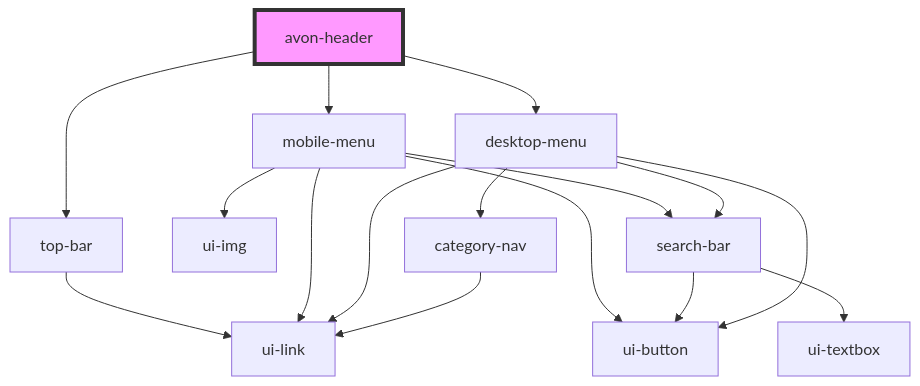
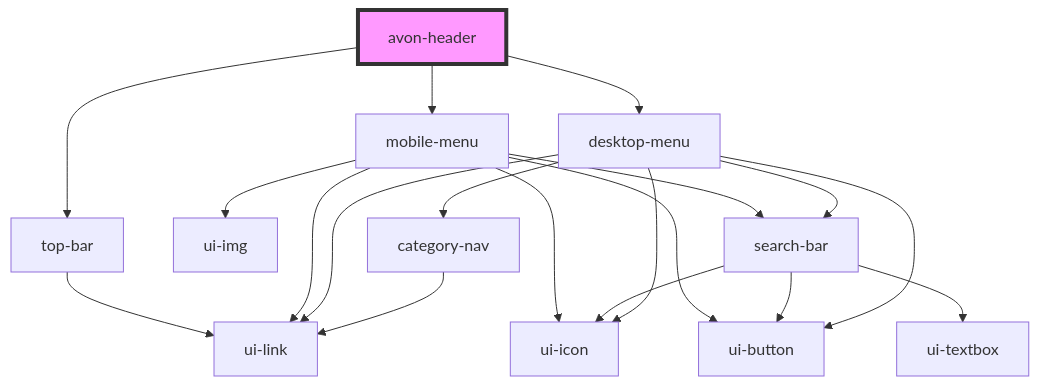
The diagram in src/components/avon-header/readme.md (ankitghanekar-hcl/ui-shared-web-components), drawn with Mermaid before and after one commit. The commit also changed 18 other files, not shown here.

````diff
--- a/src/components/avon-header/readme.md
+++ b/src/components/avon-header/readme.md
@@ -22,19 +22,22 @@
 ```mermaid
 graph TD;
   avon-header --> top-bar
   avon-header --> mobile-menu
   avon-header --> desktop-menu
   top-bar --> ui-link
   mobile-menu --> ui-link
   mobile-menu --> ui-img
+  mobile-menu --> ui-icon
   mobile-menu --> ui-button
   mobile-menu --> search-bar
   search-bar --> ui-textbox
   search-bar --> ui-button
+  search-bar --> ui-icon
   desktop-menu --> search-bar
   desktop-menu --> ui-button
+  desktop-menu --> ui-icon
   desktop-menu --> ui-link
   desktop-menu --> category-nav
   category-nav --> ui-link
   style avon-header fill:#f9f,stroke:#333,stroke-width:4px
 ```
````
